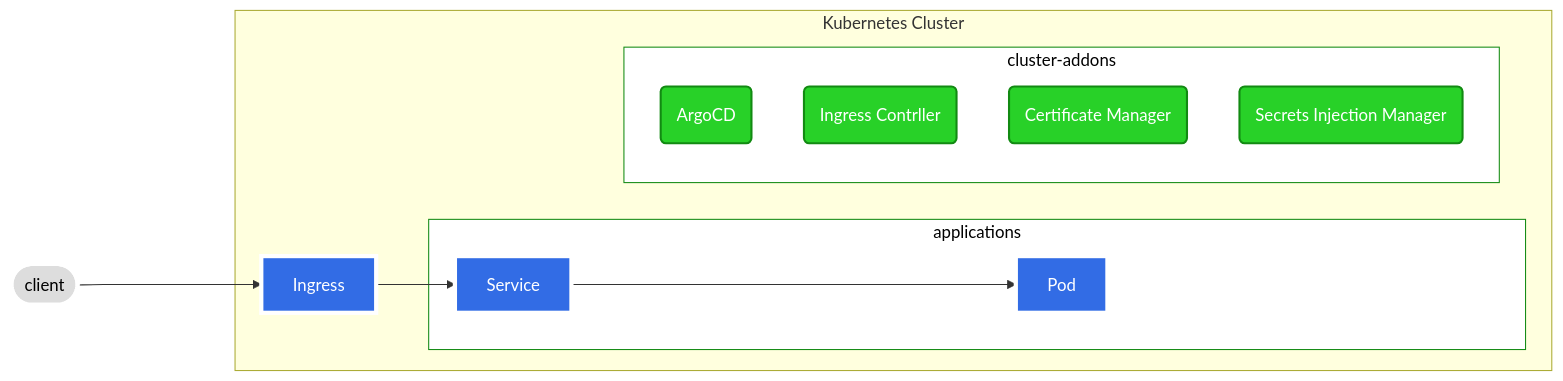
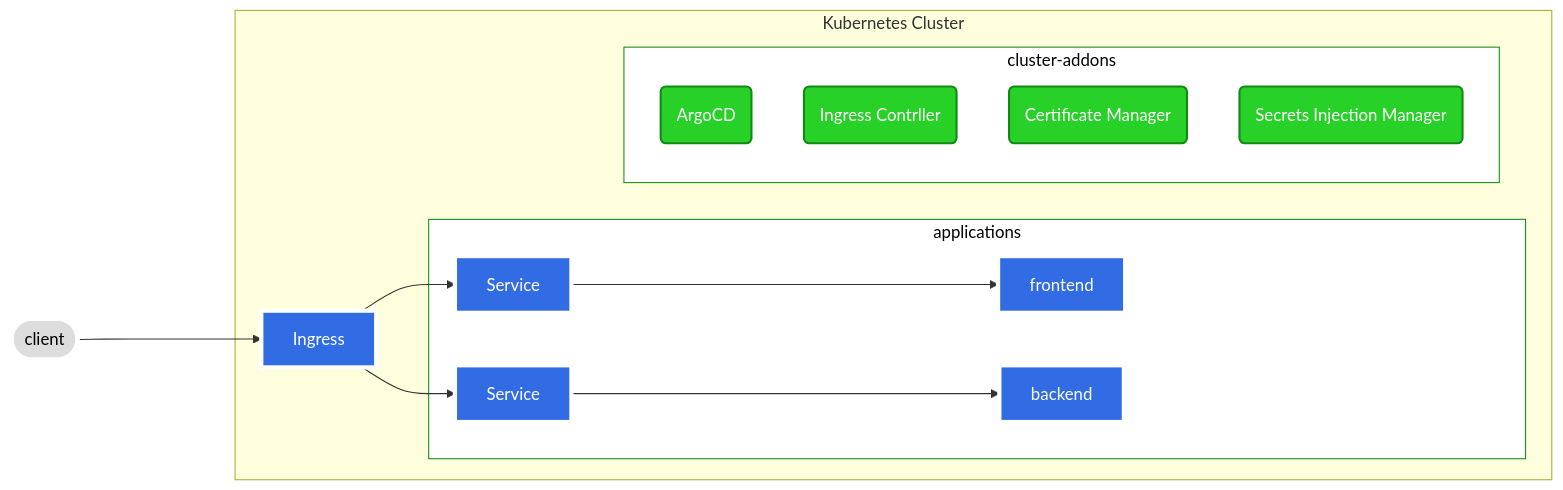
The second of 2 diagrams in profile/README.md (argo-universe/.github), drawn with Mermaid before and after one commit.

````diff
--- a/profile/README.md
+++ b/profile/README.md
@@ -41,34 +41,35 @@
 ``` mermaid
 flowchart  LR
  client([client])---->ingress[Ingress];
- ingress--> service[Service];
+ ingress--> service1[Service];
+ ingress--> service2[Service];
  subgraph k8s ["Kubernetes Cluster"]
     ingress;
     subgraph applications
-    
-        service-->pod1[Pod];
+        service1-->pod1[frontend];
+        service2-->pod2[backend];
     end
     subgraph cluster-addons
         
         ArgoCD(ArgoCD);
         ING(Ingress Contrller)
         CM(Certificate Manager);
         SI(Secrets Injection Manager);
 
     end
  end
 
 
 
  classDef plain fill:#ddd,stroke:#fff,stroke-width:4px,color:#000;
  classDef k8sAddons fill:#28d128,stroke:#128a12,stroke-width:2px,color:#fff;
  classDef whiteBack fill:#fff,stroke:#128a12,stroke-width:1px,color:#000;
  classDef k8s fill:#326ce5,stroke:#fff,stroke-width:4px,color:#fff; 
- class ingress,service,pod1,pod2 k8s;
+ class ingress,service1,service2,pod1,pod2 k8s;
  class cluster-addons,applications whiteBack;
  class ArgoCD,CM,SI,ING k8sAddons;
  class client plain;
 
 
 
 ```
````
